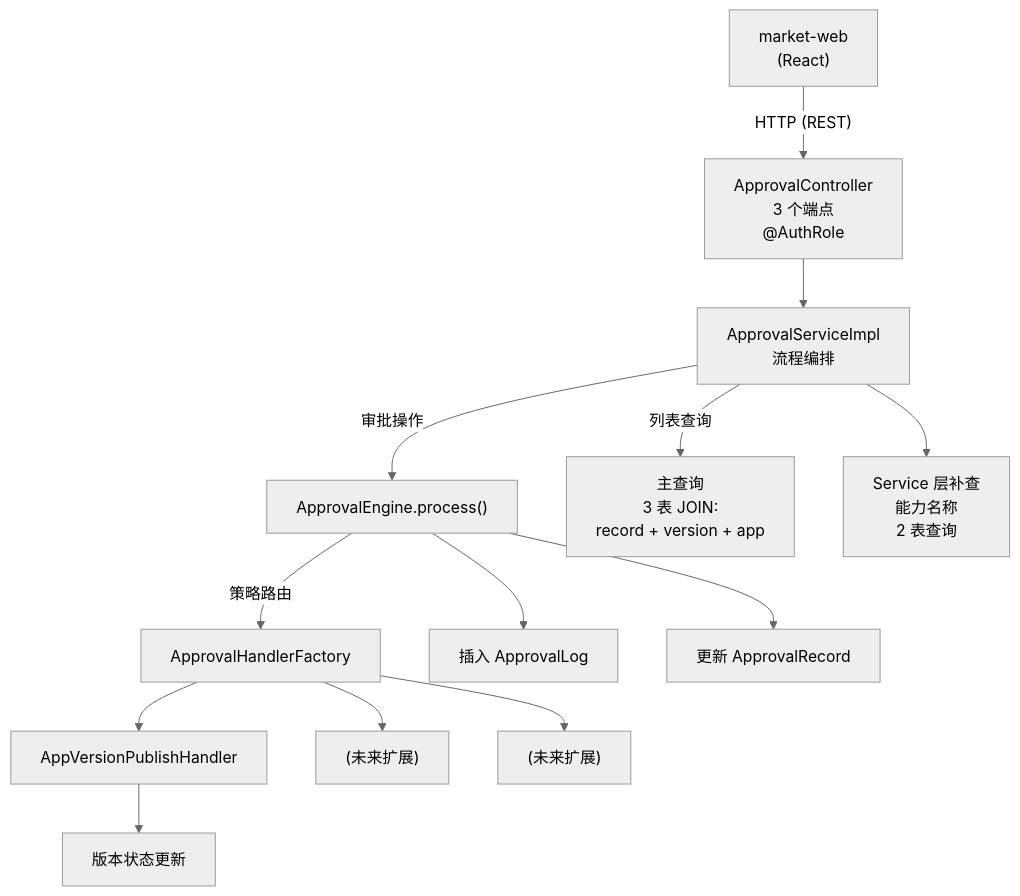
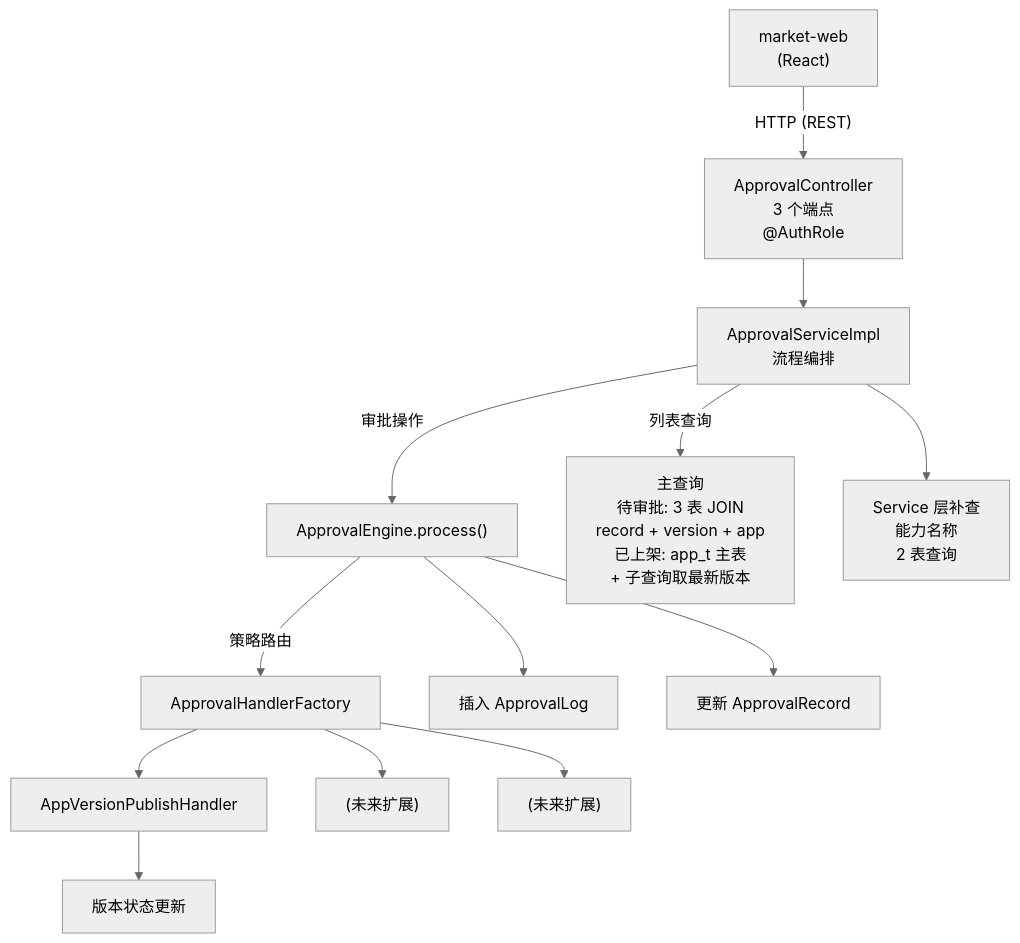
The second of 7 diagrams in docs/market-server/approval-management-requirement.md (THZSummer/open-app), drawn with Mermaid (neutral theme) before and after one commit. The commit also changed other lines of this file and 1 other file, not shown here.

````diff
--- a/docs/market-server/approval-management-requirement.md
+++ b/docs/market-server/approval-management-requirement.md
@@ -287,24 +290,24 @@
 ```mermaid
 graph TD
     web["market-web<br/>(React)"]
     controller["ApprovalController<br/>3 个端点<br/>@AuthRole"]
     service["ApprovalServiceImpl<br/>流程编排"]
     engine["ApprovalEngine.process()"]
     factory["ApprovalHandlerFactory"]
     handler1["AppVersionPublishHandler"]
     handler2["(未来扩展)"]
     handler3["(未来扩展)"]
 
     web -- "HTTP (REST)" --> controller
     controller --> service
-    service -- "列表查询" --> db_query["主查询<br/>3 表 JOIN:<br/>record + version + app"]
+    service -- "列表查询" --> db_query["主查询<br/>待审批: 3 表 JOIN<br/>record + version + app<br/>已上架: app_t 主表<br/>+ 子查询取最新版本"]
     service --> db_query2["Service 层补查<br/>能力名称<br/>2 表查询"]
     service -- "审批操作" --> engine
     engine --> log["插入 ApprovalLog"]
     engine --> update["更新 ApprovalRecord"]
     engine -- "策略路由" --> factory
     factory --> handler1
     factory --> handler2
     factory --> handler3
     handler1 --> biz["版本状态更新"]
 ```
````
